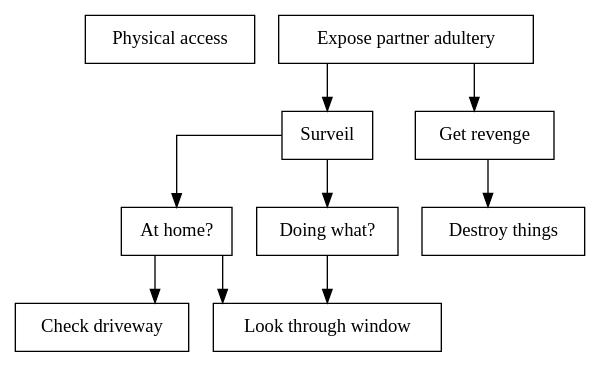
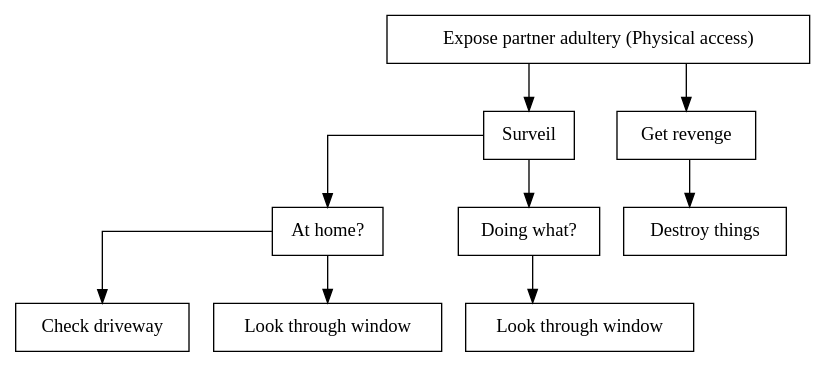
Before and after one commit to des904e15/report: the diagram in figures/graphviz/partner_vs_consumer_physical.dot, drawn with Graphviz. The commit also changed 15 other files, not shown here.

```diff
--- a/figures/graphviz/partner_vs_consumer_physical.dot
+++ b/figures/graphviz/partner_vs_consumer_physical.dot
@@ -1,30 +1,30 @@
 digraph finite_state_machine {
   node [shape = rectangle];
   graph [splines=ortho];
 
-  attack[label="Physical access"];
-  root[label = "Expose partner adultery",shape=AND];
+  root[label = "Expose partner adultery (Physical access)",shape=AND];
 
   surveil[label="Surveil",shape=OR];
   root->surveil;
 
     at_home[label="At home?",shape=OR];
     surveil->at_home
 
       check_driveway[label="Check driveway"];
       at_home->check_driveway;
 
       look_window[label="Look through window"];
       at_home->look_window;
 
     doing_what[label="Doing what?"];
     surveil->doing_what;
 
-      doing_what->look_window;
+look_window2[label="Look through window"];
+      doing_what->look_window2;
 
   revenge[label="Get revenge"];
   root->revenge;
 
     destroy_things[label="Destroy things"];
     revenge->destroy_things;
 }
```
